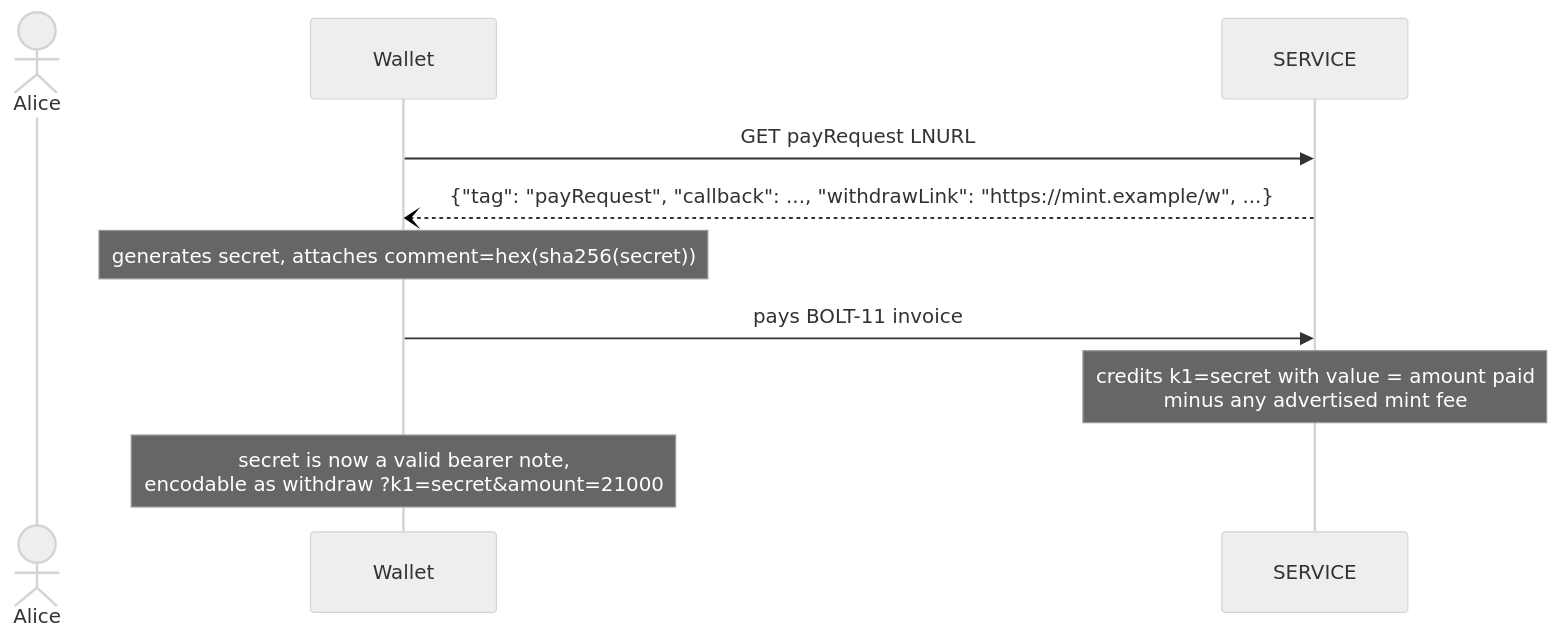
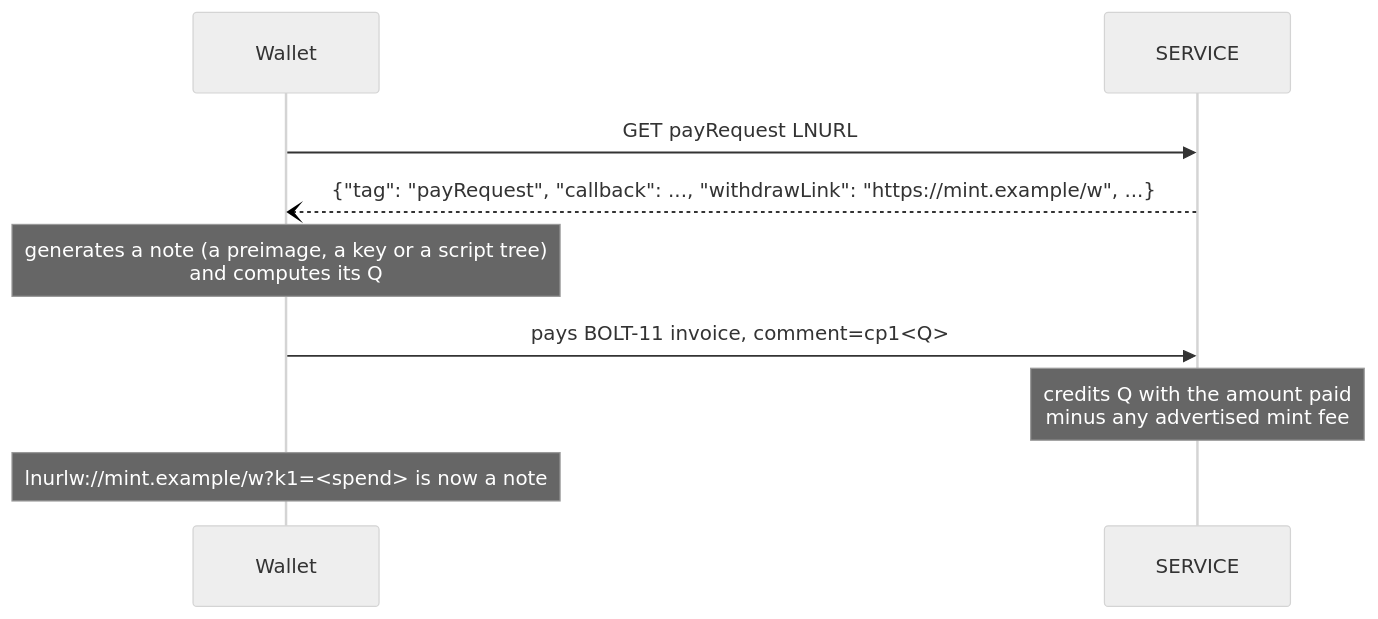
Before and after one commit to lnurl/luds: the first of 3 diagrams in 25.md, drawn with Mermaid (neutral theme). The commit also changed other lines of this file, not shown here.

````diff
--- a/25.md
+++ b/25.md
@@ -42,12 +158,11 @@
 ```mermaid
 sequenceDiagram
-    actor Alice
     participant Wallet
     participant SERVICE
     Wallet->>SERVICE: GET payRequest LNURL
     SERVICE--)Wallet: {"tag": "payRequest", "callback": ..., "withdrawLink": "https://mint.example/w", ...}
-    Note over Wallet: generates secret, attaches comment=hex(sha256(secret))
-    Wallet->>SERVICE: pays BOLT-11 invoice
-    Note over SERVICE: credits k1=secret with value = amount paid<br/>minus any advertised mint fee
-    Note over Wallet: secret is now a valid bearer note,<br/>encodable as withdraw ?k1=secret&amount=21000
+    Note over Wallet: generates a note (a preimage, a key or a script tree)<br/>and computes its Q
+    Wallet->>SERVICE: pays BOLT-11 invoice, comment=cp1<Q>
+    Note over SERVICE: credits Q with the amount paid<br/>minus any advertised mint fee
+    Note over Wallet: lnurlw://mint.example/w?k1=<spend> is now a note
 ```
````
